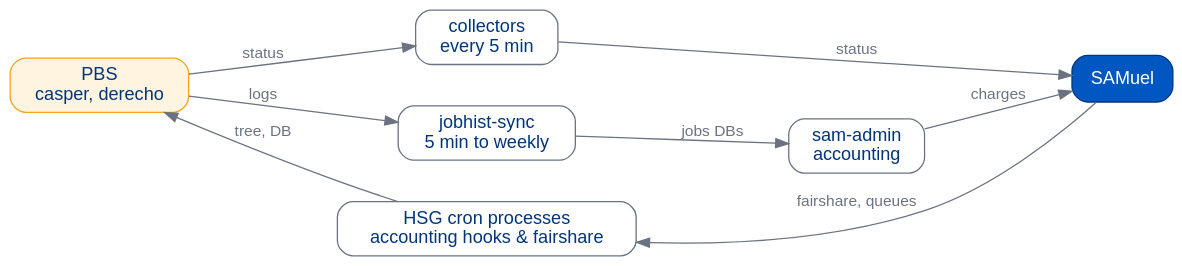
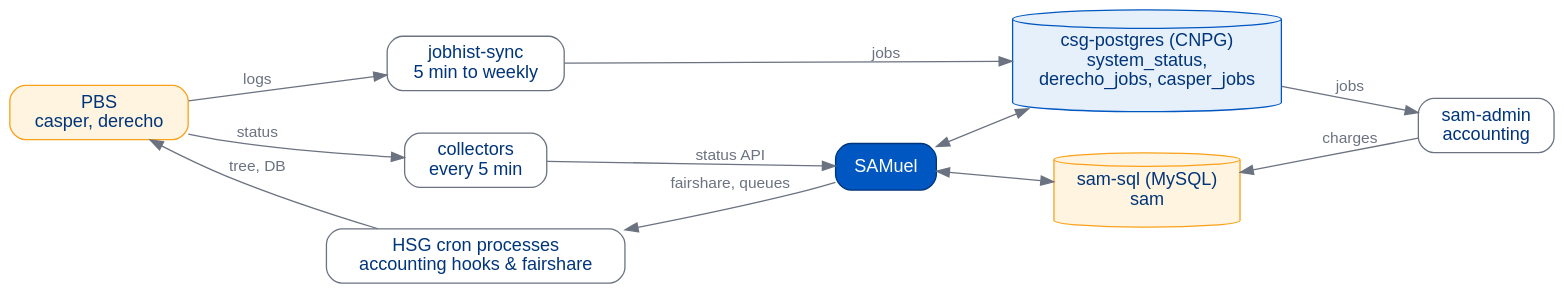
Before and after one commit to benkirk/quarto-docs-framework: the fifth of 6 diagrams in docs/samuel/_4-systems.qmd, drawn with Graphviz. The commit also changed other lines of this file, not shown here.

Commit message:
samuel: Data in, data out draws both databases SAMuel talks to
The diagram now shows sam-sql (MySQL, `sam`) and csg-postgres (CNPG: `system_status`,
`derecho_jobs`, `casper_jobs`) as separate stores (Ben):
- jobhist-sync fills the jobs databases;
- sam-admin accounting reads them and writes charges into `sam`;
- SAMuel reads and writes both, and serves HSG's cron.

`make -C docs/samuel qa DECKS=4-systems`: ok.

Claude-Session: https://claude.ai/code/session_011k25PSHgyd7csFqhCGqXuL

````diff
--- a/docs/samuel/_4-systems.qmd
+++ b/docs/samuel/_4-systems.qmd
@@ -397,23 +399,30 @@
 ```{dot}
 //| fig-width: 10
 digraph InOut {
-  graph [rankdir=LR, nodesep=0.45, ranksep=0.9, bgcolor="transparent"];
+  graph [rankdir=LR, nodesep=0.45, ranksep=0.8, bgcolor="transparent"];
   node  [shape=box, style="rounded,filled", fontname="Helvetica", fontsize=14,
          fillcolor="#FFFFFF", color="#6B7280", fontcolor="#00357A", margin="0.18,0.08"];
   edge  [fontname="Helvetica", fontsize=12, color="#6B7280", fontcolor="#6B7280"];
   pbs    [label="PBS\ncasper, derecho", fillcolor="#FFF4E0", color="#FAA119"];
   coll   [label="collectors\nevery 5 min"];
   jhs    [label="jobhist-sync\n5 min to weekly"];
   hst    [label="HSG cron processes\naccounting hooks & fairshare"];
   acct   [label="sam-admin\naccounting"];
+  pg     [label="csg-postgres (CNPG)\nsystem_status,\nderecho_jobs, casper_jobs", shape=cylinder,
+          fillcolor="#E6F0FA", color="#0057C2"];
+  sql    [label="sam-sql (MySQL)\nsam", shape=cylinder, fillcolor="#FFF4E0", color="#FAA119"];
   samuel [label="SAMuel", fillcolor="#0057C2", color="#00357A", fontcolor="#FFFFFF"];
   {rank=same; coll; jhs; hst}
+  {rank=same; pg; sql}
   pbs -> coll [label="status"];
   pbs -> jhs [label="logs"];
-  jhs -> acct [label="jobs DBs"];
-  coll -> samuel [label="status"];
-  acct -> samuel [label="charges"];
+  coll -> samuel [label="status API"];
+  jhs -> pg [label="jobs"];
+  pg -> acct [label="jobs"];
+  acct -> sql [label="charges"];
+  samuel -> pg [dir=both];
+  samuel -> sql [dir=both];
   samuel -> hst [label="fairshare, queues", constraint=false];
   hst -> pbs [label="tree, DB", constraint=false];
 }
 ```
````
